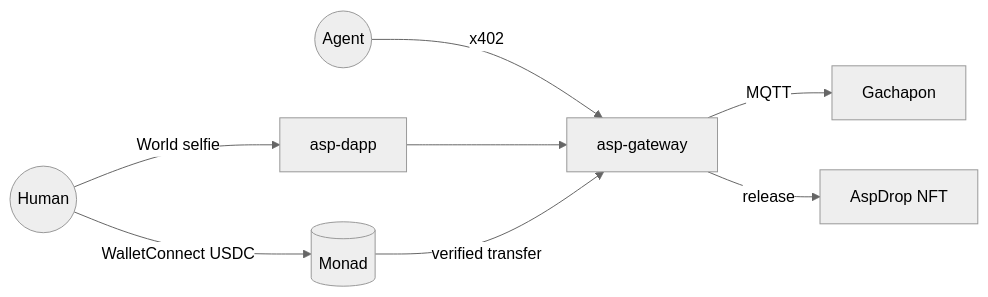
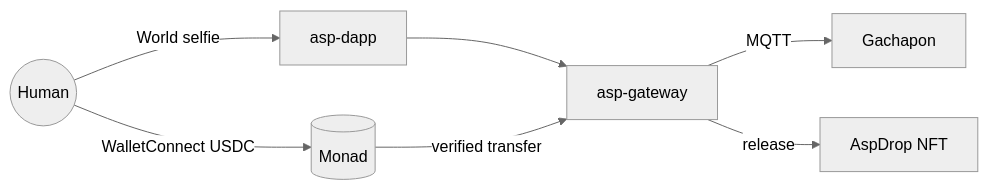
The diagram in README.md (altaga/Asp), drawn with Mermaid (neutral theme) before and after one commit. The commit also changed other lines of this file, not shown here.

````diff
--- a/README.md
+++ b/README.md
@@ -66,10 +102,9 @@
 ```mermaid
 flowchart LR
   Human((Human)) -->|World selfie| Dapp[asp-dapp]
   Human -->|WalletConnect USDC| Monad[(Monad)]
-  Agent((Agent)) -->|x402| GW
   Dapp --> GW[asp-gateway]
   Monad -->|verified transfer| GW
   GW -->|MQTT| Motor[Gachapon]
   GW -->|release| Drop[AspDrop NFT]
 ```
````
